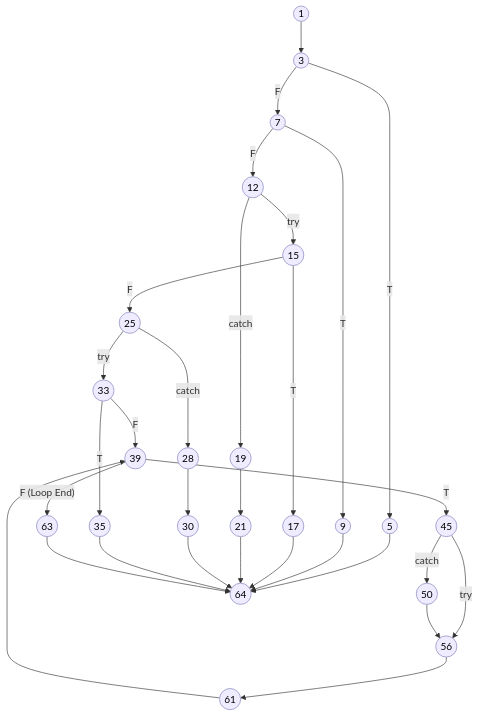
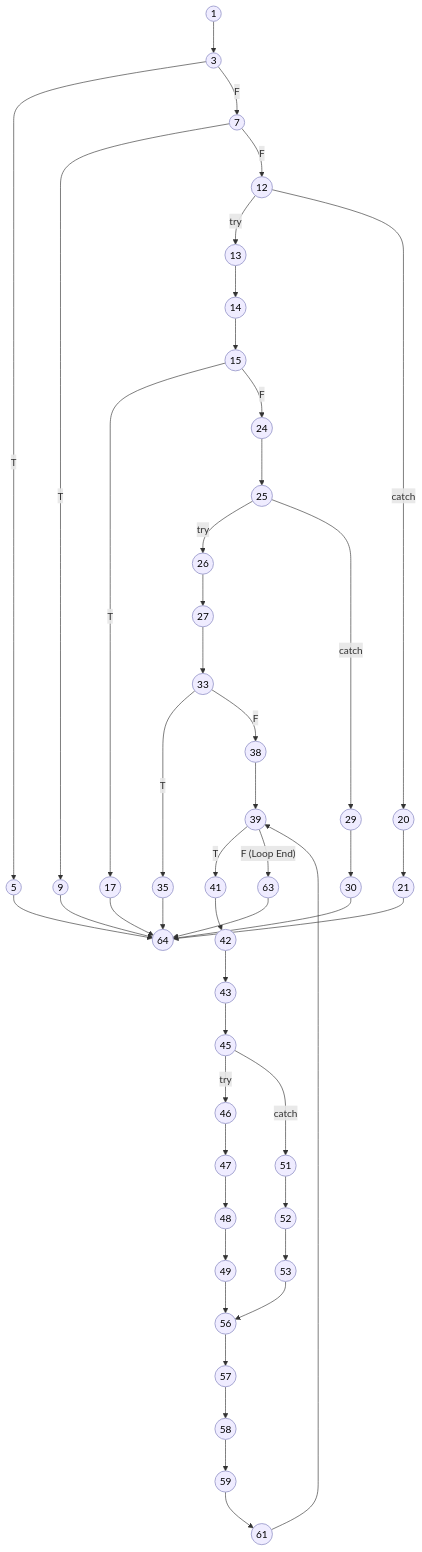
One commit to aryanhrc3428/Semester-5 changed the diagram in SE/ideathon/pseudocode/flowcharts/UC-04.mmd. Above: the diagram before and after it, drawn with Mermaid. The commit also changed 38 other files, not shown here.

Commit message:
psuedocode and flowgraphs

```diff
--- a/SE/ideathon/pseudocode/flowcharts/UC-04.mmd
+++ b/SE/ideathon/pseudocode/flowcharts/UC-04.mmd
@@ -1,48 +1,79 @@
 graph TD
     %% Base styling matching the reference CFG style
     classDef default fill:#efecff,stroke:#a3a3d1,stroke-width:1.5px,color:#000;
     
     1((1)) --> 3((3))
     
     3 -- T --> 5((5))
     3 -- F --> 7((7))
     
     7 -- T --> 9((9))
     7 -- F --> 12((12))
     
-    12 -- try --> 15((15))
-    12 -- catch --> 19((19))
+    %% Validate User Existence (Relational Integrity)
+    12 -- try --> 13((13))
+    12 -- catch --> 20((20))
+    
+    13 --> 14((14))
+    14 --> 15((15))
     
     15 -- T --> 17((17))
-    15 -- F --> 25((25))
+    15 -- F --> 24((24))
     
-    19 --> 21((21))
+    20 --> 21((21))
     
-    25 -- try --> 33((33))
-    25 -- catch --> 28((28))
+    %% Retrieve Base Queries
+    24 --> 25((25))
     
-    28 --> 30((30))
+    25 -- try --> 26((26))
+    25 -- catch --> 29((29))
+    
+    26 --> 27((27))
+    27 --> 33((33))
+    
+    29 --> 30((30))
     
     33 -- T --> 35((35))
-    33 -- F --> 39((39))
+    33 -- F --> 38((38))
     
-    39 -- T --> 45((45))
+    %% Data Aggregation Loop
+    38 --> 39((39))
+    
+    39 -- T --> 41((41))
     39 -- F (Loop End) --> 63((63))
     
-    45 -- try --> 56((56))
-    45 -- catch --> 50((50))
+    41 --> 42((42))
+    42 --> 43((43))
+    43 --> 45((45))
     
-    50 --> 56
+    %% Nested Try-Catch for Relations
+    45 -- try --> 46((46))
+    45 -- catch --> 51((51))
     
-    56 --> 61((61))
+    46 --> 47((47))
+    47 --> 48((48))
+    48 --> 49((49))
+    
+    49 --> 56((56))
+    
+    51 --> 52((52))
+    52 --> 53((53))
+    
+    53 --> 56
+    
+    %% Construct Compiled Record
+    56 --> 57((57))
+    57 --> 58((58))
+    58 --> 59((59))
+    59 --> 61((61))
     
     61 --> 39
     
-    %% Terminal error returns and catches syncing to the final end node
+    %% Terminal error returns and catches syncing to the final end node (64)
     5 --> 64((64))
     9 --> 64
     17 --> 64
     21 --> 64
     30 --> 64
     35 --> 64
     63 --> 64
```
